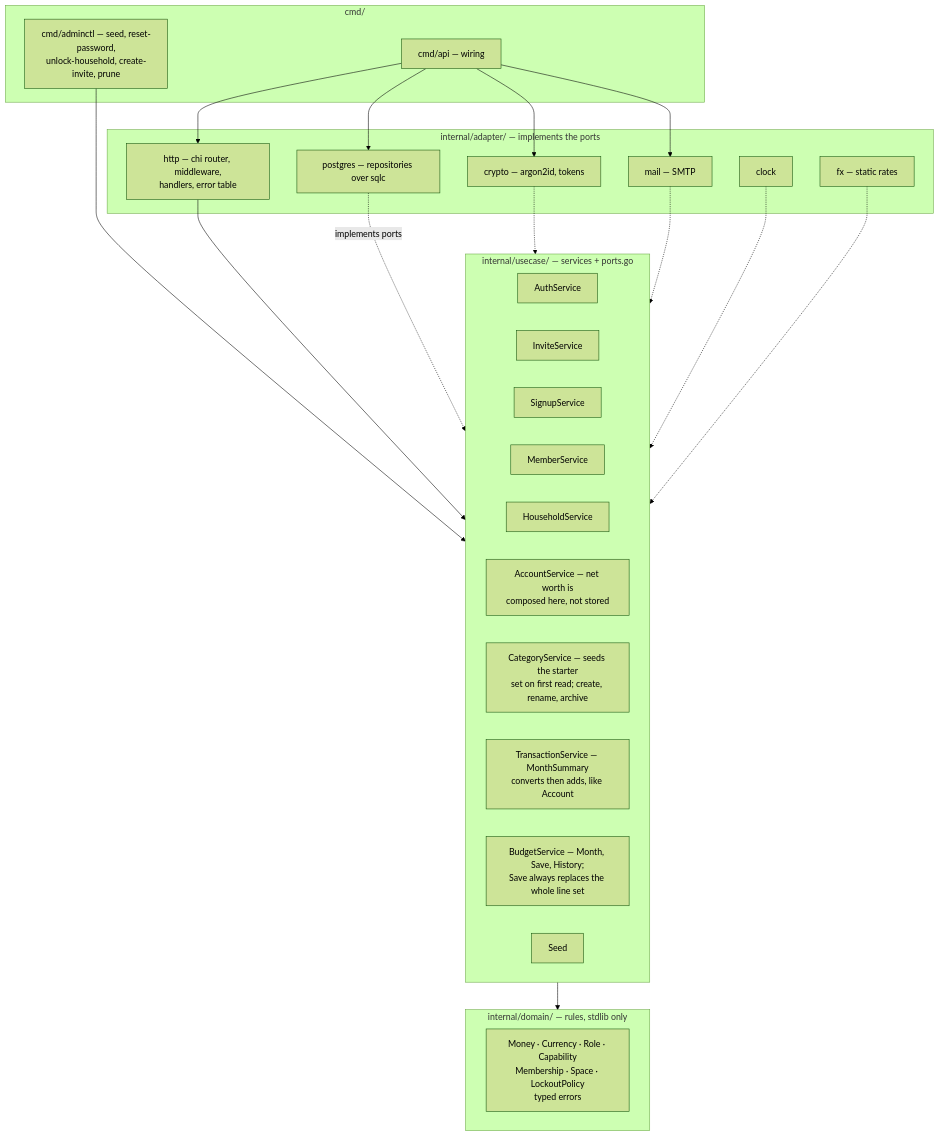
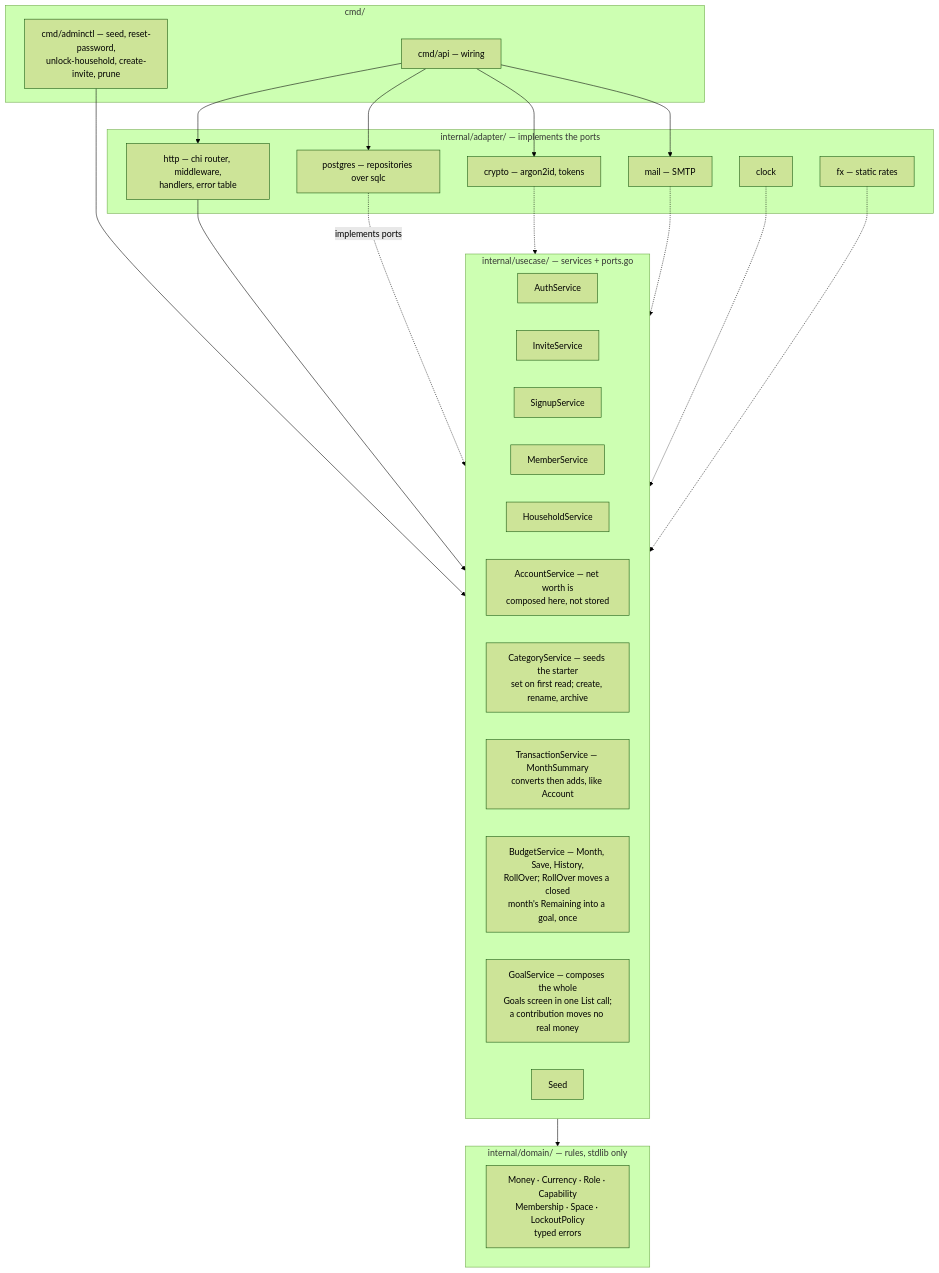
The second of 13 diagrams in docs/SYSTEM_DESIGN.md (oandrz/Household), drawn with Mermaid (forest theme) before and after one commit. The commit also changed other lines of this file and 4 other files, not shown here.

````diff
--- a/docs/SYSTEM_DESIGN.md
+++ b/docs/SYSTEM_DESIGN.md
@@ -86,46 +89,47 @@
 ```mermaid
 graph TD
     subgraph cmd["cmd/"]
         Main["cmd/api — wiring"]
         Admin["cmd/adminctl — seed, reset-password,<br/>unlock-household, create-invite, prune"]
     end
 
     subgraph adapters["internal/adapter/ — implements the ports"]
         HTTP["http — chi router, middleware,<br/>handlers, error table"]
         PGA["postgres — repositories over sqlc"]
         Crypto["crypto — argon2id, tokens"]
         MailA["mail — SMTP"]
         Clock["clock"]
         FX["fx — static rates"]
     end
 
     subgraph usecase["internal/usecase/ — services + ports.go"]
         Auth["AuthService"]
         Invite["InviteService"]
         Signup["SignupService"]
         Member["MemberService"]
         House["HouseholdService"]
         Account["AccountService — net worth is<br/>composed here, not stored"]
         Category["CategoryService — seeds the starter<br/>set on first read; create, rename, archive"]
         Transaction["TransactionService — MonthSummary<br/>converts then adds, like Account"]
-        Budget["BudgetService — Month, Save, History;<br/>Save always replaces the whole line set"]
+        Budget["BudgetService — Month, Save, History,<br/>RollOver; RollOver moves a closed<br/>month's Remaining into a goal, once"]
+        Goal["GoalService — composes the whole<br/>Goals screen in one List call;<br/>a contribution moves no real money"]
         Seed["Seed"]
     end
 
     subgraph domain["internal/domain/ — rules, stdlib only"]
         Rules["Money · Currency · Role · Capability<br/>Membership · Space · LockoutPolicy<br/>typed errors"]
     end
 
     Main --> HTTP
     Main --> PGA
     Main --> Crypto
     Main --> MailA
     Admin --> usecase
     HTTP --> usecase
     usecase --> domain
     PGA -.->|implements ports| usecase
     Crypto -.-> usecase
     MailA -.-> usecase
     Clock -.-> usecase
     FX -.-> usecase
 ```
````
